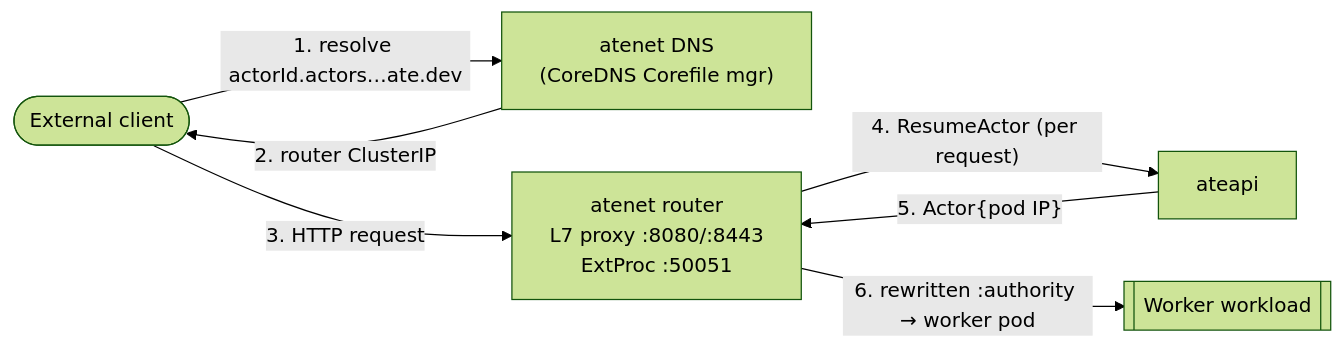
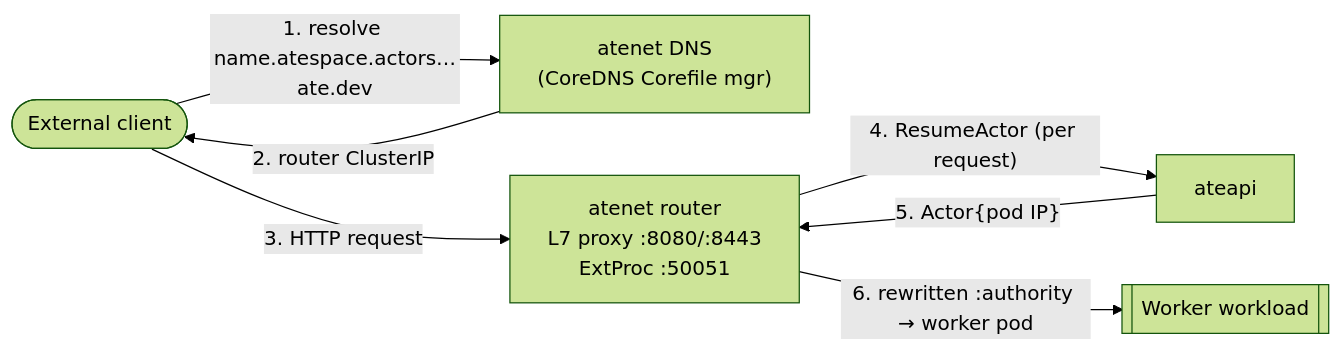
The third of 3 diagrams in atlas/src/content/docs/topology.mdx (christian-posta/substrate), drawn with Mermaid (forest theme) before and after one commit. The commit also changed other lines of this file and 28 other files, not shown here.

````diff
--- a/atlas/src/content/docs/topology.mdx
+++ b/atlas/src/content/docs/topology.mdx
@@ -70,20 +88,20 @@
 ```mermaid
 flowchart LR
   Client([External client])
   DNS["atenet DNS<br/>(CoreDNS Corefile mgr)"]
   ROUTER["atenet router<br/>L7 proxy :8080/:8443<br/>ExtProc :50051"]
   ATEAPI["ateapi"]
   WORKLOAD[["Worker workload"]]
 
-  Client -- "1. resolve actorId.actors…ate.dev" --> DNS
+  Client -- "1. resolve name.atespace.actors…ate.dev" --> DNS
   DNS -- "2. router ClusterIP" --> Client
   Client -- "3. HTTP request" --> ROUTER
   ROUTER -- "4. ResumeActor (per request)" --> ATEAPI
   ATEAPI -- "5. Actor{pod IP}" --> ROUTER
   ROUTER -- "6. rewritten :authority → worker pod" --> WORKLOAD
 
   click DNS "/components/atenet/" "atenet DNS"
   click ROUTER "/components/atenet/" "atenet router"
   click ATEAPI "/components/ateapi/" "ateapi"
   click WORKLOAD "/components/workers/" "Workers"
 ```
````
